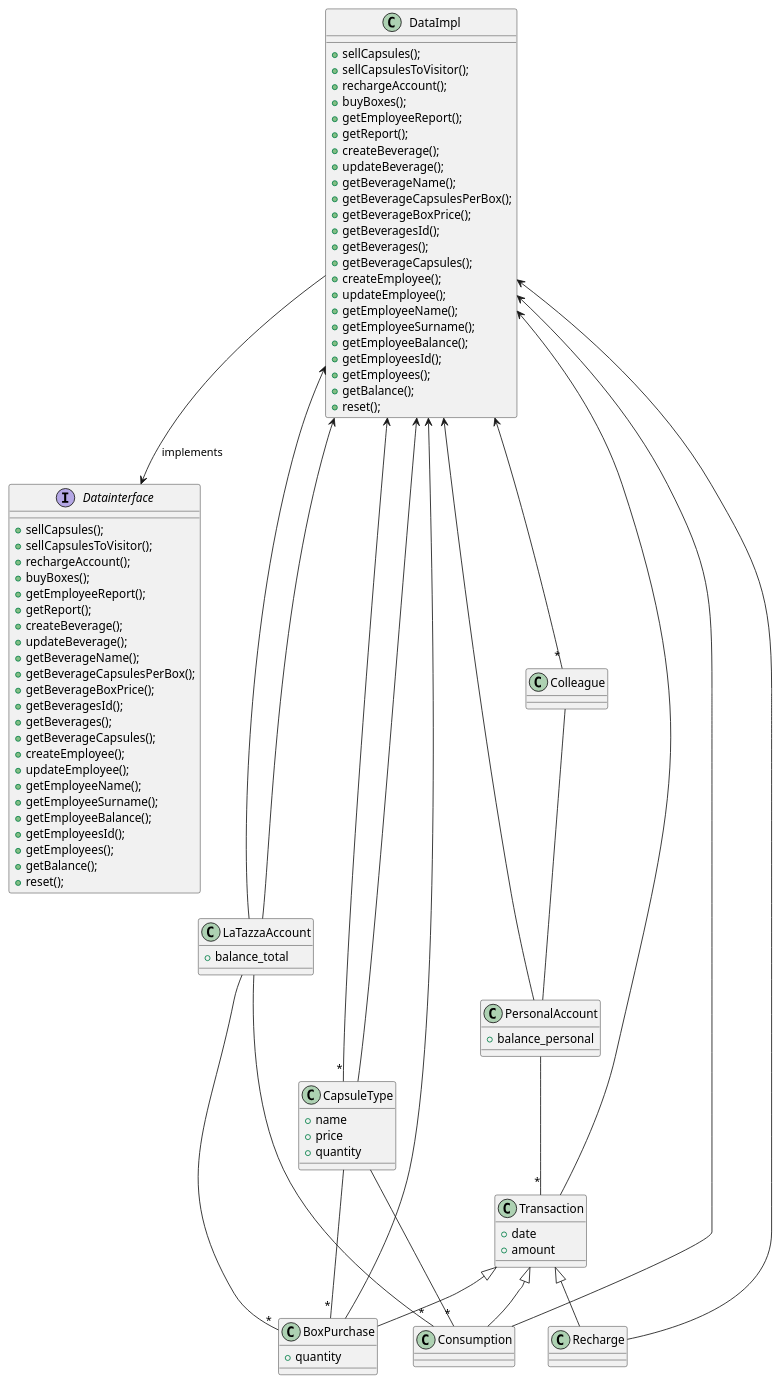
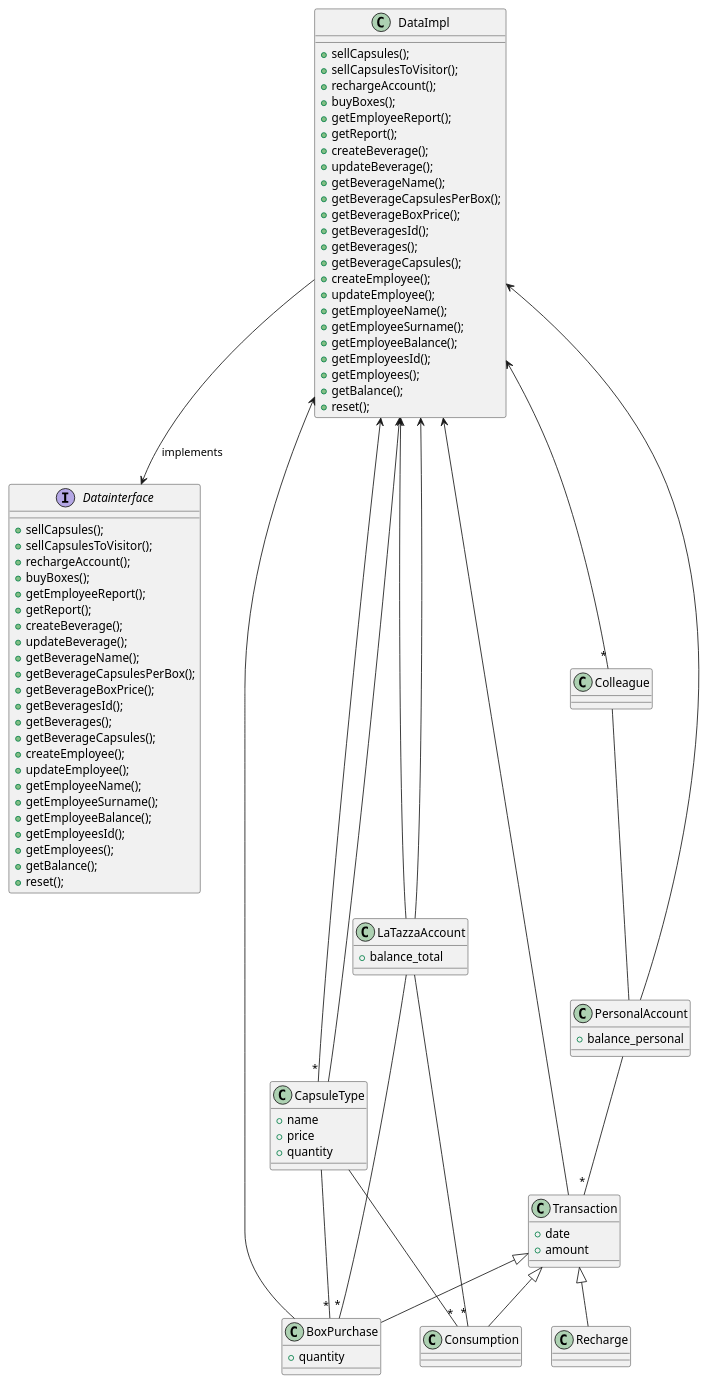
One commit to salvatore-dimartino/LaTazza changed the third of 7 diagrams in templates/DesignDocumentTemplate.md. Above: the diagram before and after it, drawn with PlantUML.

```diff
--- a/templates/DesignDocumentTemplate.md
+++ b/templates/DesignDocumentTemplate.md
@@ -177,12 +177,7 @@
 Transaction --> DataImpl
 
 class Recharge
-
-Recharge --> DataImpl
-
 class Consumption
-
-Consumption --> DataImpl
 
 
 @enduml
```
